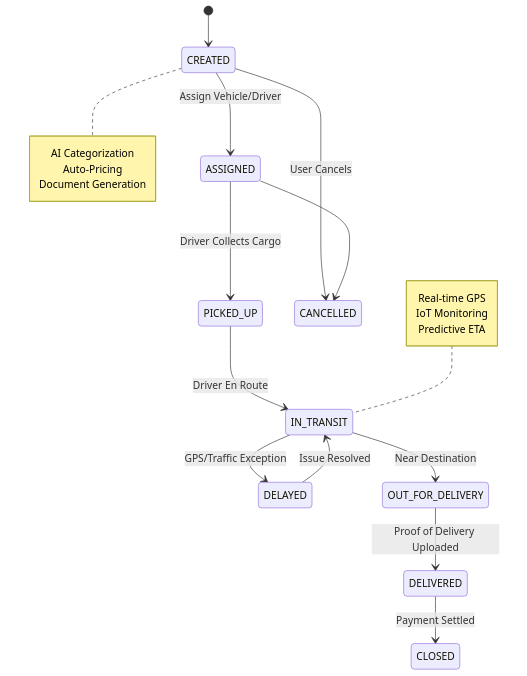
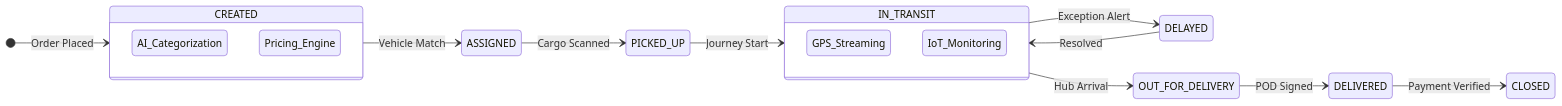
Before and after one commit to saahil-007/JSHS_Logistics: the second of 6 diagrams in COMPREHENSIVE_REPORT.md, drawn with Mermaid. The commit also changed other lines of this file and 21 other files, not shown here.

````diff
--- a/COMPREHENSIVE_REPORT.md
+++ b/COMPREHENSIVE_REPORT.md
@@ -101,26 +96,25 @@
 ```mermaid
 stateDiagram-v2
-    [*] --> CREATED
-    CREATED --> ASSIGNED: Assign Vehicle/Driver
-    ASSIGNED --> PICKED_UP: Driver Collects Cargo
-    PICKED_UP --> IN_TRANSIT: Driver En Route
-    IN_TRANSIT --> DELAYED: GPS/Traffic Exception
-    DELAYED --> IN_TRANSIT: Issue Resolved
-    IN_TRANSIT --> OUT_FOR_DELIVERY: Near Destination
-    OUT_FOR_DELIVERY --> DELIVERED: Proof of Delivery Uploaded
-    DELIVERED --> CLOSED: Payment Settled
-    CREATED --> CANCELLED: User Cancels
-    ASSIGNED --> CANCELLED
+    direction LR
+    [*] --> CREATED: Order Placed
+    CREATED --> ASSIGNED: Vehicle Match
+    ASSIGNED --> PICKED_UP: Cargo Scanned
+    PICKED_UP --> IN_TRANSIT: Journey Start
+    IN_TRANSIT --> DELAYED: Exception Alert
+    DELAYED --> IN_TRANSIT: Resolved
+    IN_TRANSIT --> OUT_FOR_DELIVERY: Hub Arrival
+    OUT_FOR_DELIVERY --> DELIVERED: POD Signed
+    DELIVERED --> CLOSED: Payment Verified
     
-    note right of CREATED
-        AI Categorization
-        Auto-Pricing
-        Document Generation
-    end note
+    state CREATED {
+        direction TB
+        AI_Categorization
+        Pricing_Engine
+    }
     
-    note left of IN_TRANSIT
-        Real-time GPS
-        IoT Monitoring
-        Predictive ETA
-    end note
+    state IN_TRANSIT {
+        direction TB
+        GPS_Streaming
+        IoT_Monitoring
+    }
 ```
````
